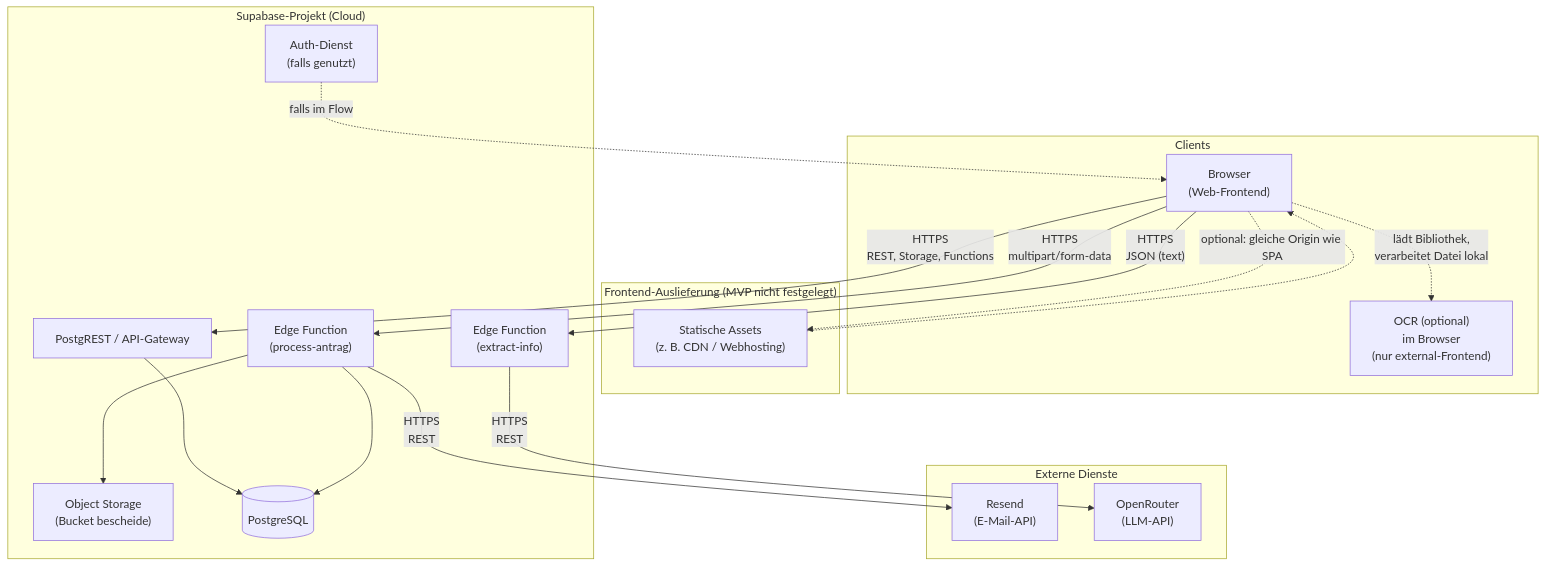
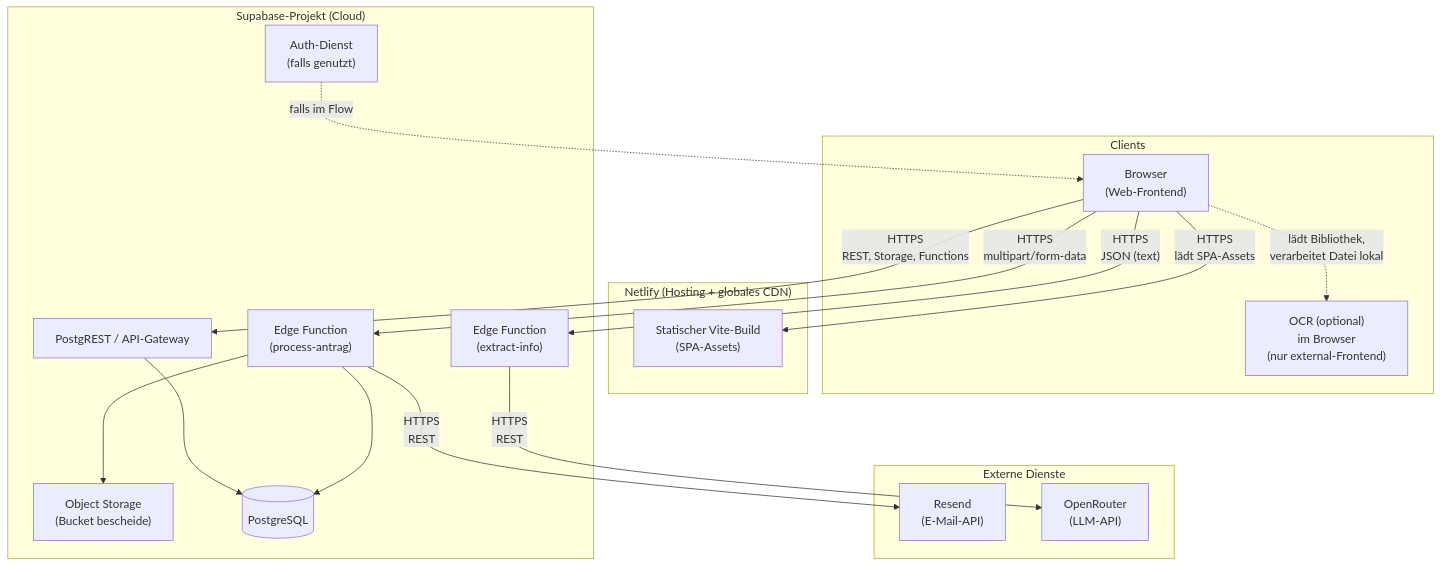
One commit to jomatotu/pflegeleicht changed the diagram in documentation/architecture/verteilungssicht.md. Above: the diagram before and after it, drawn with Mermaid. The commit also changed other lines of this file and 5 other files, not shown here.

First line of the commit message:
Update architecture documentation to include Netlify hosting details

````diff
--- a/documentation/architecture/verteilungssicht.md
+++ b/documentation/architecture/verteilungssicht.md
@@ -16,39 +16,38 @@
 ```mermaid
 flowchart TB
     subgraph clients["Clients"]
         browser["Browser\n(Web-Frontend)"]
         ocr["OCR (optional)\nim Browser\n(nur external-Frontend)"]
     end
 
     browser -.->|"lädt Bibliothek,\nverarbeitet Datei lokal"| ocr
 
-    subgraph optional_host["Frontend-Auslieferung (MVP nicht festgelegt)"]
-        static["Statische Assets\n(z. B. CDN / Webhosting)"]
+    subgraph netlify["Netlify (Hosting + globales CDN)"]
+        static["Statischer Vite-Build\n(SPA-Assets)"]
     end
 
     subgraph supabase_cloud["Supabase-Projekt (Cloud)"]
         api["PostgREST / API-Gateway"]
         fn["Edge Function\n(process-antrag)"]
         fn_extract["Edge Function\n(extract-info)"]
         storage["Object Storage\n(Bucket bescheide)"]
         pg[("PostgreSQL")]
         auth["Auth-Dienst\n(falls genutzt)"]
     end
 
     subgraph external["Externe Dienste"]
         resend["Resend\n(E-Mail-API)"]
         openrouter["OpenRouter\n(LLM-API)"]
     end
 
     browser -->|"HTTPS\nREST, Storage, Functions"| api
     browser -->|"HTTPS\nmultipart/form-data"| fn
     browser -->|"HTTPS\nJSON (text)"| fn_extract
-    browser -.->|"optional: gleiche Origin wie SPA"| static
-    static -.-> browser
+    browser -->|"HTTPS\nlädt SPA-Assets"| static
     api --> pg
     fn --> pg
     fn --> storage
     fn -->|"HTTPS\nREST"| resend
     fn_extract -->|"HTTPS\nREST"| openrouter
     auth -.->|"falls im Flow"| browser
 ```
````
